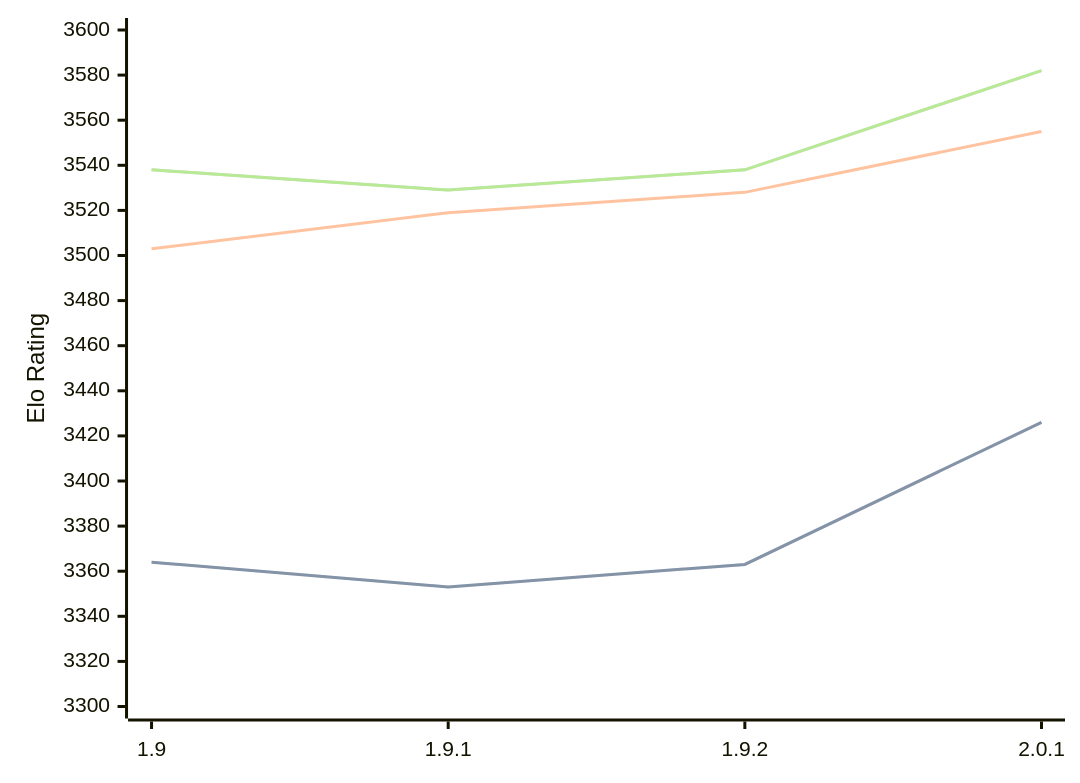
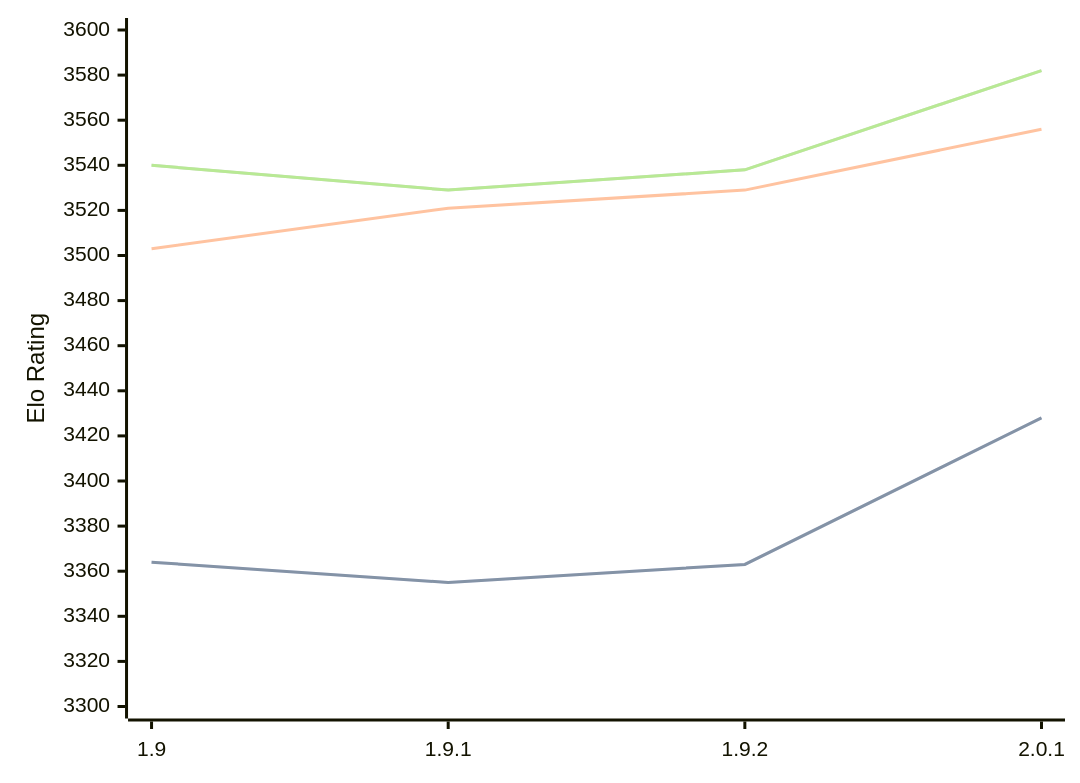
One commit to computer-chess-index/cci changed the first of 3 diagrams in engines/Pawnocchio.md. Above: the diagram before and after it, drawn with Mermaid. The commit also changed other lines of this file, not shown here.

Commit message:
Update CCI Ratings (ELO VLTC) - 2026-07-12

````diff
--- a/engines/Pawnocchio.md
+++ b/engines/Pawnocchio.md
@@ -50,11 +50,11 @@
 ```mermaid
 %%{init: {"theme":"base","themeVariables":{"seriesColors:['#a3a3a3','#222221','#faa371']}}}%%
 xychart-beta
   x-axis ["1.9", "1.9.1", "1.9.2", "2.0.1"]
   y-axis "Elo Rating" 3300 --> 3600
-  line "STC (8.0+0.08s)" [3364, 3353, 3363, 3426]
-  line "STC (8.0+0.08s)" [3364, 3353, 3363, 3426]
-  line "LTC (60.0+0.60s)" [3503, 3519, 3528, 3555]
-  line "VLTC (2m24s+1.12s)" [3538, 3529, 3538, 3582]
-  line "VLTC (2m24s+1.12s)" [3538, 3529, 3538, 3582]
+  line "STC (8.0+0.08s)" [3364, 3355, 3363, 3428]
+  line "STC (8.0+0.08s)" [3364, 3355, 3363, 3428]
+  line "LTC (60.0+0.60s)" [3503, 3521, 3529, 3556]
+  line "VLTC (2m24s+1.12s)" [3540, 3529, 3538, 3582]
+  line "VLTC (2m24s+1.12s)" [3540, 3529, 3538, 3582]
 ```
````
